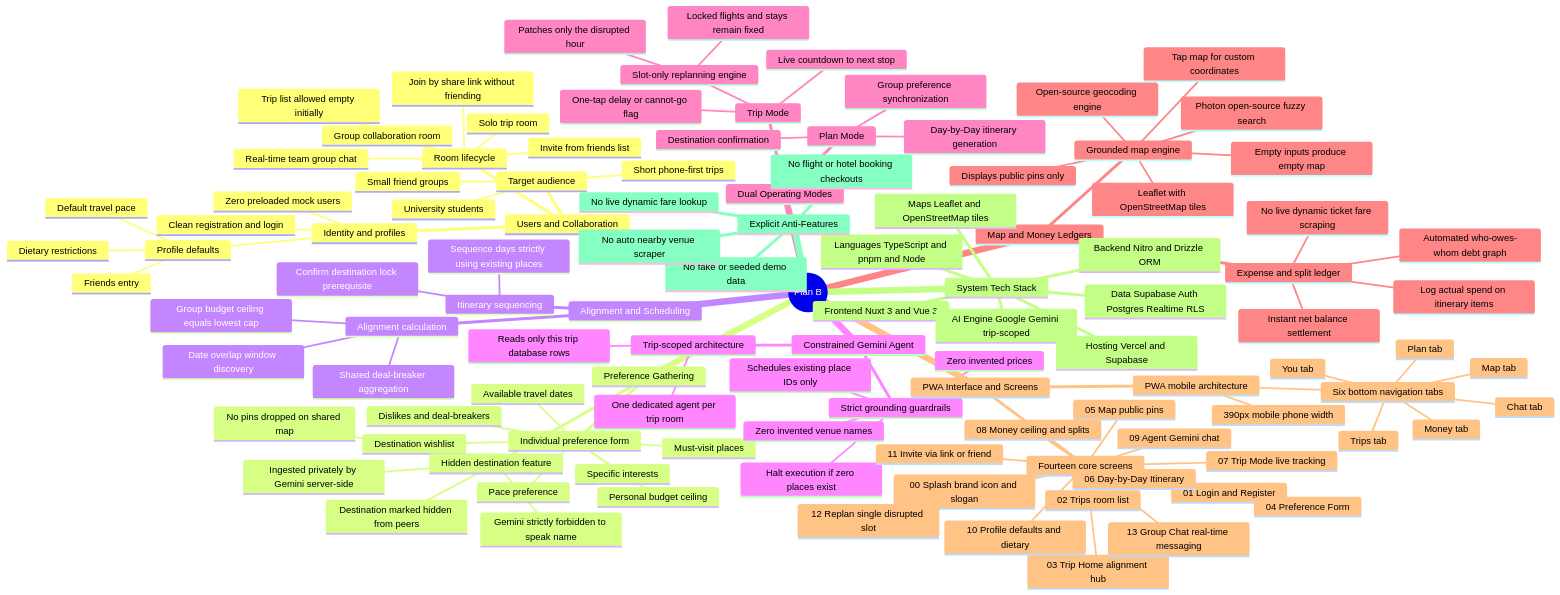
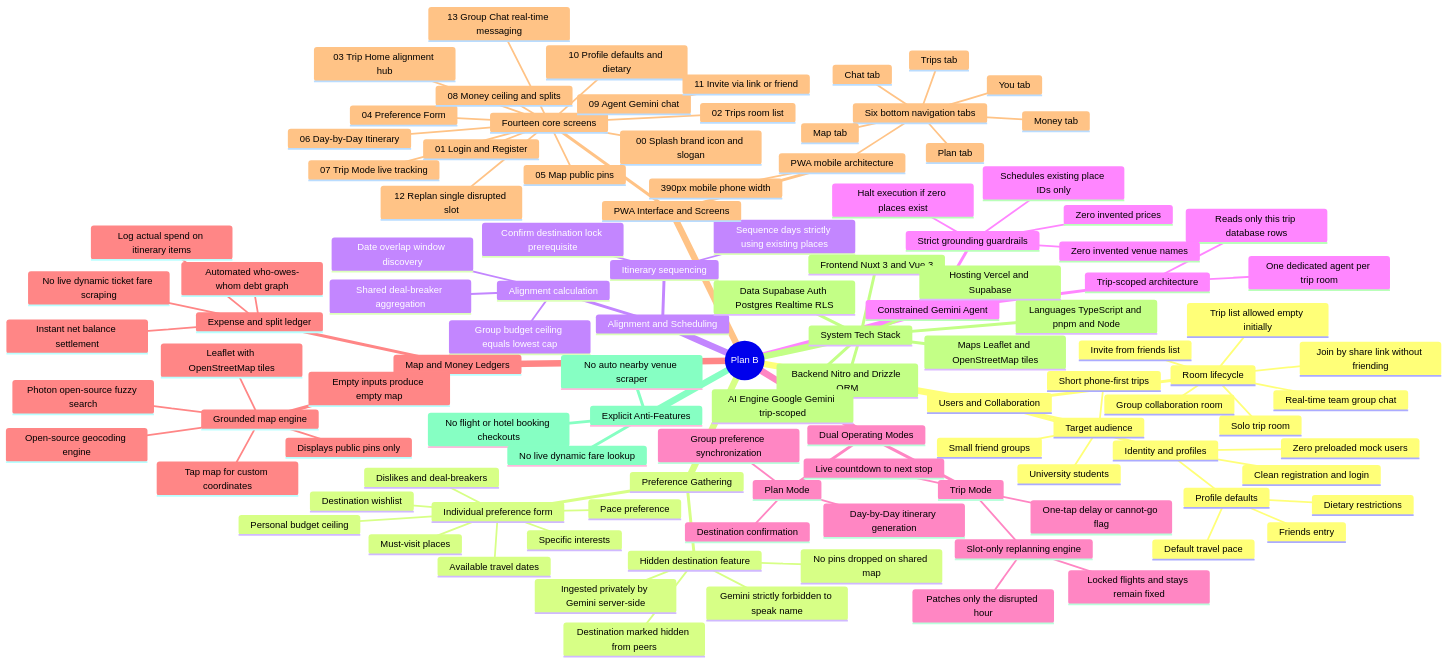
Diagram 14 of 15 in README.md (nlzce/We-are-the-champions_Plan-B), drawn with Mermaid before and after one commit. The commit also changed other lines of this file, not shown here.

Commit message:
docs: remove mock demo seed data from out-of-scope and clean up auth references

```diff
--- a/README.md
+++ b/README.md
@@ -652,7 +652,6 @@
       Maps Leaflet and OpenStreetMap tiles
       Hosting Vercel and Supabase
     Explicit Anti-Features
-      No fake or seeded demo data
       No flight or hotel booking checkouts
       No auto nearby venue scraper
       No live dynamic fare lookup
```
